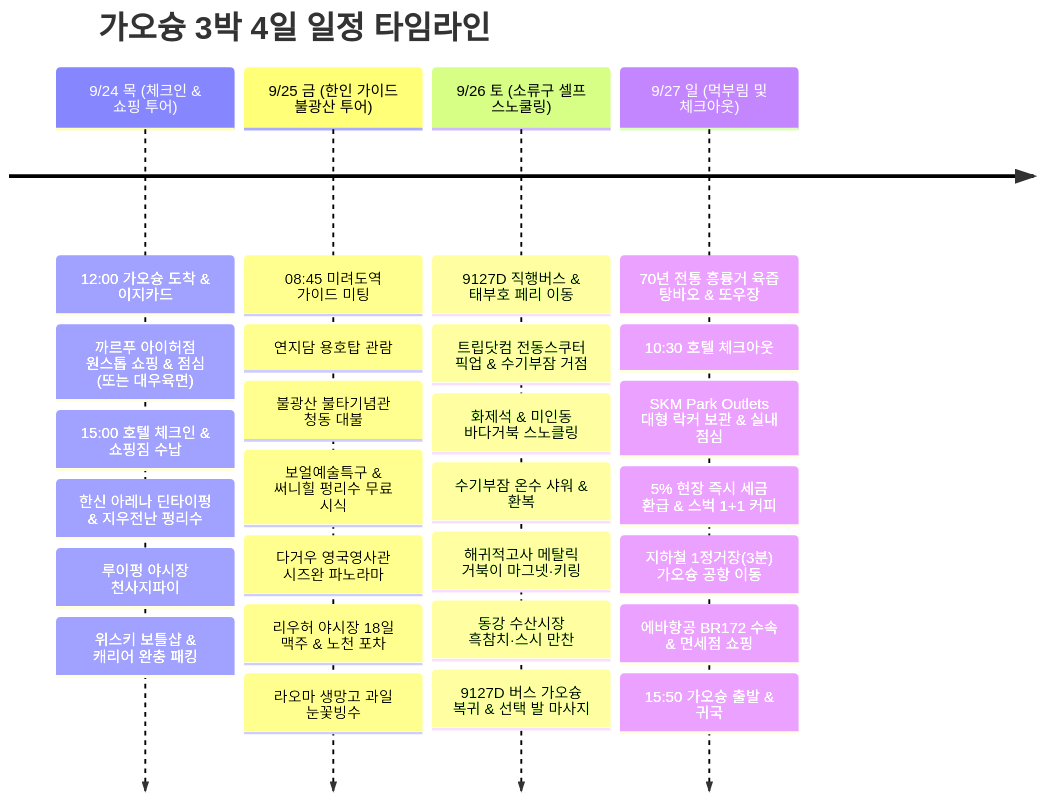
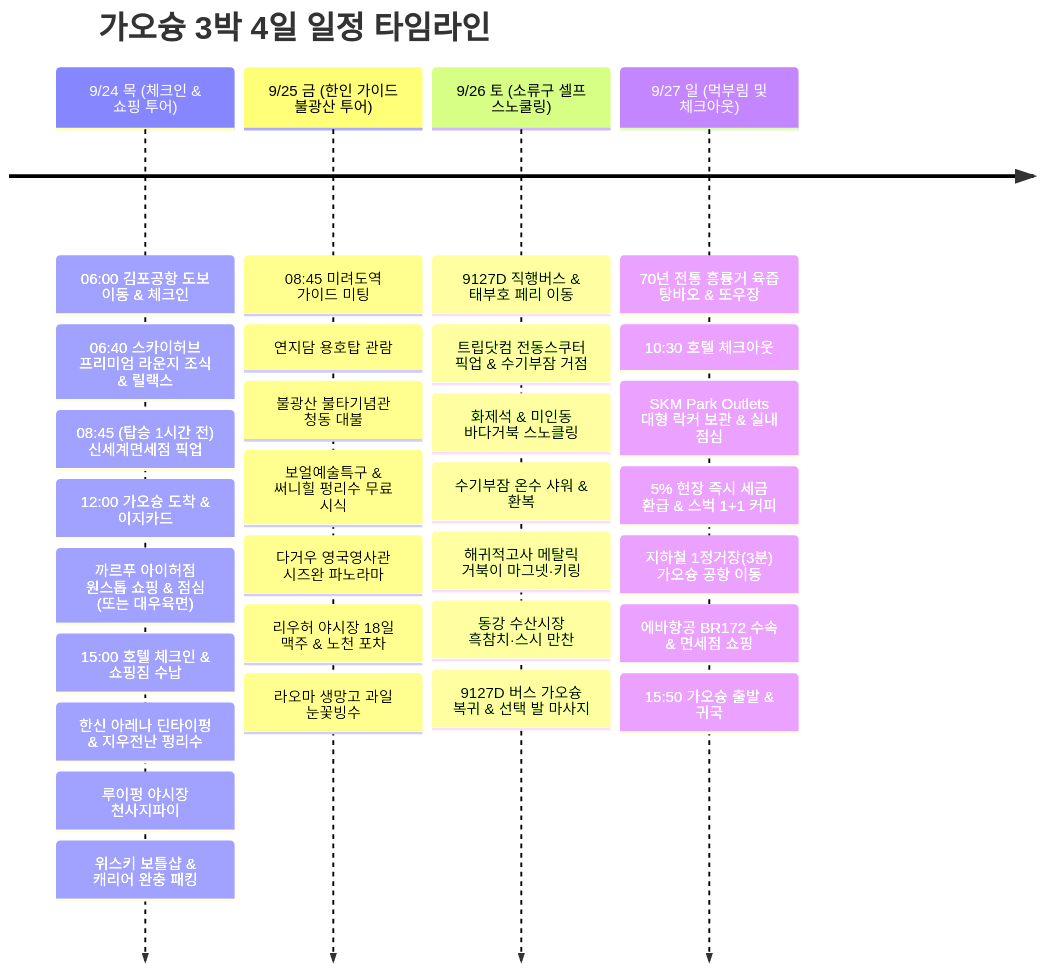
Before and after one commit to gongdongho12/commit-map: the diagram in src/content/posts/2026-09-24-kaohsiung-xiaoliuqiu.md, drawn with Mermaid. The commit also changed other lines of this file, not shown here.

Commit message:
feat: sync Gimpo morning flow (06:00 walk, check-in, lounge first, duty-free pick-up 1h before flight)

````diff
--- a/src/content/posts/2026-09-24-kaohsiung-xiaoliuqiu.md
+++ b/src/content/posts/2026-09-24-kaohsiung-xiaoliuqiu.md
@@ -355,31 +355,34 @@
 ```mermaid
 timeline
   title 가오슝 3박 4일 일정 타임라인
-  9/24 목 (체크인 & 쇼핑 투어) : 12:00 가오슝 도착 & 이지카드
+  9/24 목 (체크인 & 쇼핑 투어) : 06:00 김포공항 도보 이동 & 체크인
+                       : 06:40 스카이허브 프리미엄 라운지 조식 & 릴랙스
+                       : 08:45 (탑승 1시간 전) 신세계면세점 픽업
+                       : 12:00 가오슝 도착 & 이지카드
                        : 까르푸 아이허점 원스톱 쇼핑 & 점심 (또는 대우육면)
                        : 15:00 호텔 체크인 & 쇼핑짐 수납
                        : 한신 아레나 딘타이펑 & 지우전난 펑리수
                        : 루이펑 야시장 천사지파이
                        : 위스키 보틀샵 & 캐리어 완충 패킹
   9/25 금 (한인 가이드 불광산 투어) : 08:45 미려도역 가이드 미팅
                        : 연지담 용호탑 관람
                        : 불광산 불타기념관 청동 대불
                        : 보얼예술특구 & 써니힐 펑리수 무료 시식
                        : 다거우 영국영사관 시즈완 파노라마
                        : 리우허 야시장 18일 맥주 & 노천 포차
                        : 라오마 생망고 과일 눈꽃빙수
   9/26 토 (소류구 셀프 스노쿨링) : 9127D 직행버스 & 태부호 페리 이동
                        : 트립닷컴 전동스쿠터 픽업 & 수기부잠 거점
                        : 화제석 & 미인동 바다거북 스노클링
                        : 수기부잠 온수 샤워 & 환복
                        : 해귀적고사 메탈릭 거북이 마그넷·키링
                        : 동강 수산시장 흑참치·스시 만찬
                        : 9127D 버스 가오슝 복귀 & 선택 발 마사지
   9/27 일 (먹부림 및 체크아웃) : 70년 전통 흥륭거 육즙 탕바오 & 또우장
                        : 10:30 호텔 체크아웃
                        : SKM Park Outlets 대형 락커 보관 & 실내 점심
                        : 5% 현장 즉시 세금 환급 & 스벅 1+1 커피
                        : 지하철 1정거장(3분) 가오슝 공항 이동
                        : 에바항공 BR172 수속 & 면세점 쇼핑
                        : 15:50 가오슝 출발 & 귀국
 ```
````
